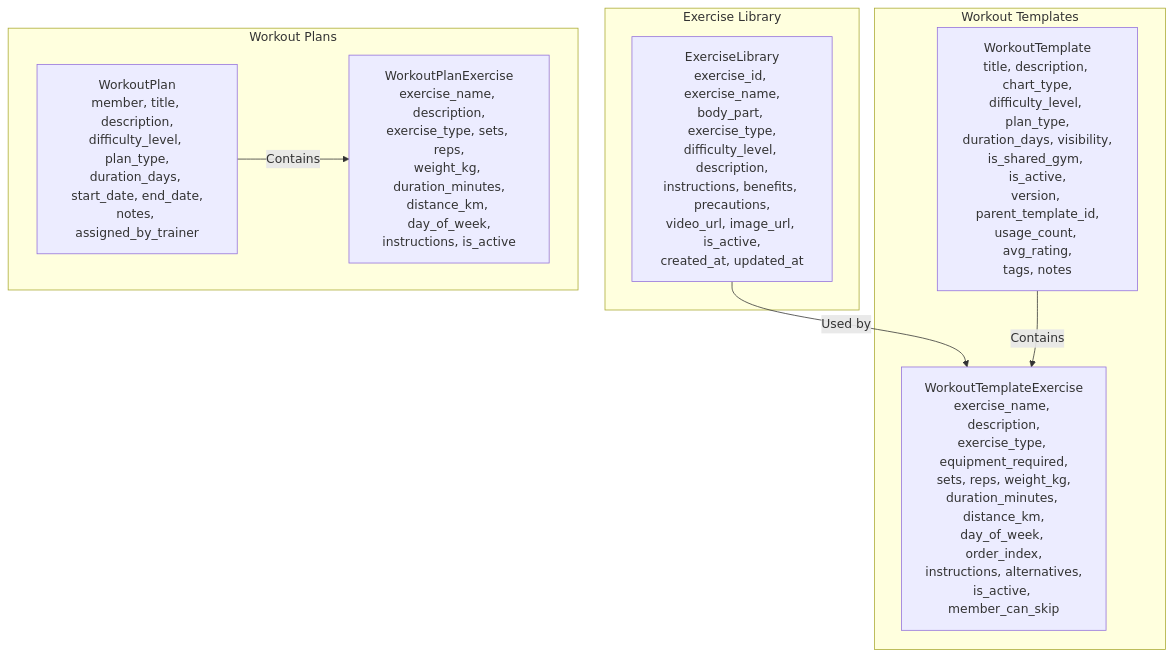
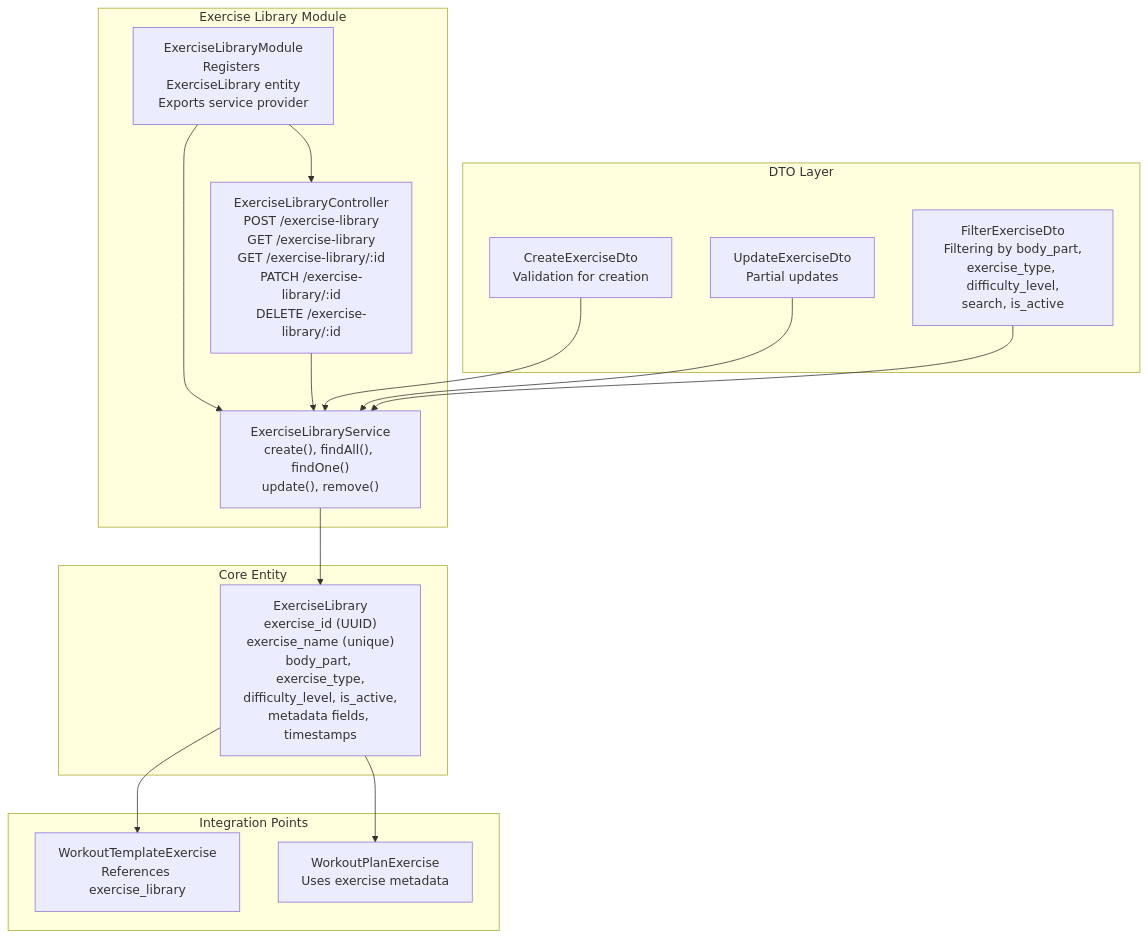
The first of 3 diagrams in .qoder/repowiki/en/content/Core Modules & Features/Training Programs/Exercise Library.md (macintoshUserchg/nest_js_gym_backend_current), drawn with Mermaid before and after one commit. The commit also changed other lines of this file and 6 other files, not shown here.

````diff
--- a/.qoder/repowiki/en/content/Core Modules & Features/Training Programs/Exercise Library.md
+++ b/.qoder/repowiki/en/content/Core Modules & Features/Training Programs/Exercise Library.md
@@ -36,17 +50,29 @@
 ```mermaid
 graph TB
-subgraph "Exercise Library"
-EL["ExerciseLibrary<br/>exercise_id, exercise_name,<br/>body_part, exercise_type,<br/>difficulty_level, description,<br/>instructions, benefits, precautions,<br/>video_url, image_url, is_active,<br/>created_at, updated_at"]
+subgraph "Exercise Library Module"
+ELM["ExerciseLibraryModule<br/>Registers ExerciseLibrary entity<br/>Exports service provider"]
+ELC["ExerciseLibraryController<br/>POST /exercise-library<br/>GET /exercise-library<br/>GET /exercise-library/:id<br/>PATCH /exercise-library/:id<br/>DELETE /exercise-library/:id"]
+ELS["ExerciseLibraryService<br/>create(), findAll(), findOne()<br/>update(), remove()"]
 end
-subgraph "Workout Templates"
-WT["WorkoutTemplate<br/>title, description, chart_type,<br/>difficulty_level, plan_type,<br/>duration_days, visibility,<br/>is_shared_gym, is_active,<br/>version, parent_template_id,<br/>usage_count, avg_rating,<br/>tags, notes"]
-WTE["WorkoutTemplateExercise<br/>exercise_name, description,<br/>exercise_type, equipment_required,<br/>sets, reps, weight_kg,<br/>duration_minutes, distance_km,<br/>day_of_week, order_index,<br/>instructions, alternatives,<br/>is_active, member_can_skip"]
+subgraph "Core Entity"
+EL["ExerciseLibrary<br/>exercise_id (UUID)<br/>exercise_name (unique)<br/>body_part, exercise_type,<br/>difficulty_level, is_active,<br/>metadata fields, timestamps"]
 end
-subgraph "Workout Plans"
-WP["WorkoutPlan<br/>member, title, description,<br/>difficulty_level, plan_type,<br/>duration_days, start_date, end_date,<br/>notes, assigned_by_trainer"]
-WPE["WorkoutPlanExercise<br/>exercise_name, description,<br/>exercise_type, sets, reps,<br/>weight_kg, duration_minutes,<br/>distance_km, day_of_week,<br/>instructions, is_active"]
+subgraph "DTO Layer"
+CED["CreateExerciseDto<br/>Validation for creation"]
+UED["UpdateExerciseDto<br/>Partial updates"]
+FED["FilterExerciseDto<br/>Filtering by body_part,<br/>exercise_type, difficulty_level,<br/>search, is_active"]
 end
-EL --> |"Used by"| WTE
-WT --> |"Contains"| WTE
-WP --> |"Contains"| WPE
+subgraph "Integration Points"
+WT["WorkoutTemplateExercise<br/>References exercise_library"]
+WP["WorkoutPlanExercise<br/>Uses exercise metadata"]
+end
+ELM --> ELC
+ELM --> ELS
+ELS --> EL
+ELC --> ELS
+CED --> ELS
+UED --> ELS
+FED --> ELS
+EL --> WT
+EL --> WP
 ```
````
